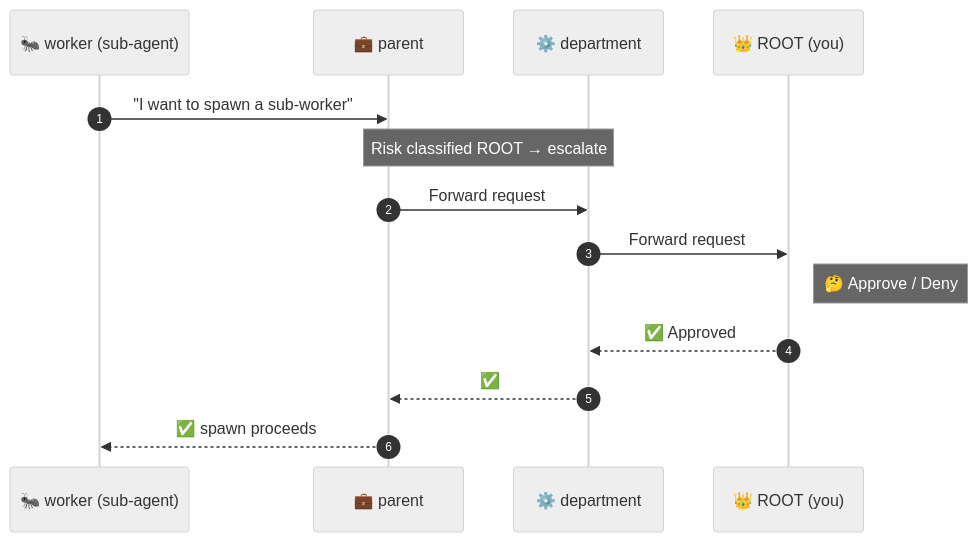
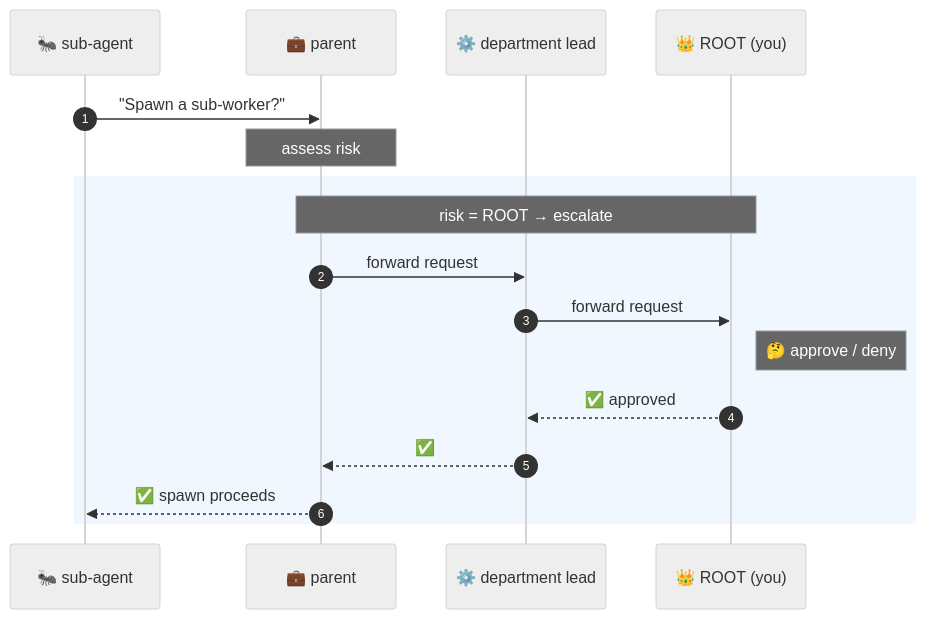
One commit to Ranzim/ormica changed the second of 4 diagrams in README.md. Above: the diagram before and after it, drawn with Mermaid (neutral theme). The commit also changed other lines of this file, not shown here.

````diff
--- a/README.md
+++ b/README.md
@@ -169,17 +184,20 @@
 ```mermaid
 sequenceDiagram
     autonumber
-    participant W as 🐜 worker (sub-agent)
+    participant W as 🐜 sub-agent
     participant P as 💼 parent
-    participant D as ⚙️ department
+    participant D as ⚙️ department lead
     participant R as 👑 ROOT (you)
 
-    W->>P: "I want to spawn a sub-worker"
-    Note over P,D: Risk classified ROOT → escalate
-    P->>D: Forward request
-    D->>R: Forward request
-    Note right of R: 🤔 Approve / Deny
-    R-->>D: ✅ Approved
+    W->>P: "Spawn a sub-worker?"
+    Note over P: assess risk
+    rect rgba(74, 158, 255, 0.08)
+    Note over P,R: risk = ROOT → escalate
+    P->>D: forward request
+    D->>R: forward request
+    Note right of R: 🤔 approve / deny
+    R-->>D: ✅ approved
     D-->>P: ✅
     P-->>W: ✅ spawn proceeds
+    end
 ```
````
